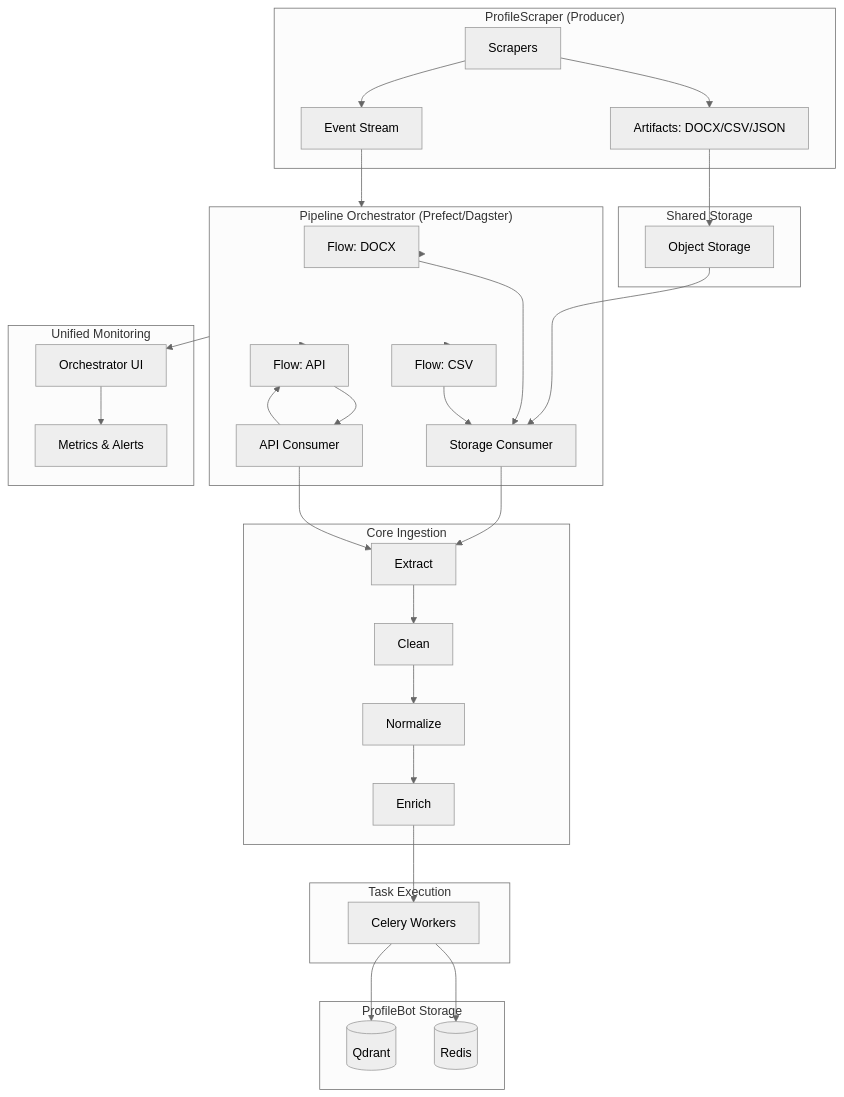
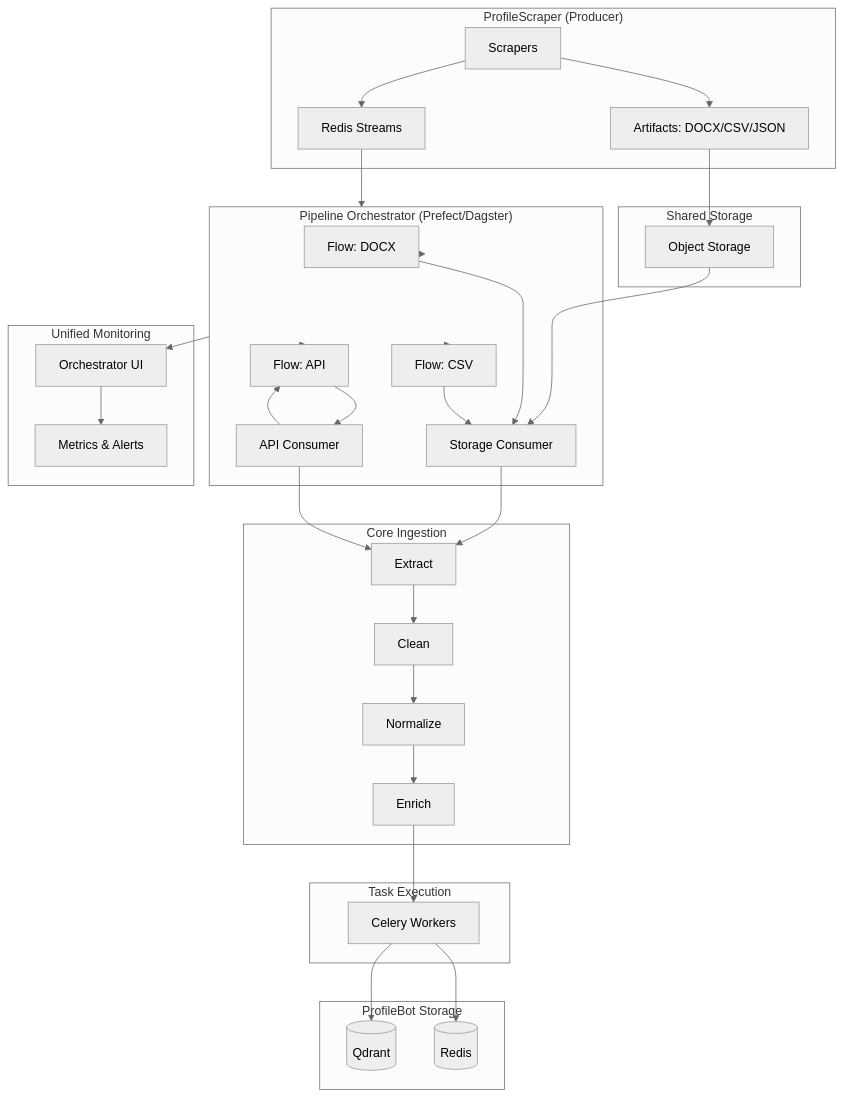
One commit to giamma80/profilebot changed the first of 3 diagrams in docs/technical_debpt.md. Above: the diagram before and after it, drawn with Mermaid (neutral theme). The commit also changed other lines of this file, not shown here.

Commit message:
docs: align orchestrator diagrams

````diff
--- a/docs/technical_debpt.md
+++ b/docs/technical_debpt.md
@@ -184,65 +184,65 @@
 ```mermaid
 flowchart TB
     subgraph Producer["ProfileScraper (Producer)"]
         Scrapers[Scrapers]
         Artifacts[Artifacts: DOCX/CSV/JSON]
-        Events[Event Stream]
+        Events[Redis Streams]
     end
 
     subgraph Storage["Shared Storage"]
         Bucket[Object Storage]
     end
 
     subgraph Orchestrator["Pipeline Orchestrator (Prefect/Dagster)"]
         FlowDocx["Flow: DOCX"]
         FlowCsv["Flow: CSV"]
         FlowApi["Flow: API"]
         ConsumerS["Storage Consumer"]
         ConsumerA["API Consumer"]
     end
 
     subgraph Core["Core Ingestion"]
         Extract[Extract]
         Clean[Clean]
         Normalize[Normalize]
         Enrich[Enrich]
     end
 
     subgraph Workers["Task Execution"]
         Celery[Celery Workers]
     end
 
     subgraph StorageCore["ProfileBot Storage"]
         Qdrant[(Qdrant)]
         Redis[(Redis)]
     end
 
     subgraph Monitoring["Unified Monitoring"]
         UI[Orchestrator UI]
         Metrics[Metrics & Alerts]
     end
 
     Scrapers --> Artifacts --> Bucket
     Scrapers --> Events
 
     Events --> Orchestrator
     Bucket --> ConsumerS
     ConsumerA --> FlowApi
 
     Orchestrator --> FlowDocx
     Orchestrator --> FlowCsv
     Orchestrator --> FlowApi
 
     FlowDocx --> ConsumerS
     FlowCsv --> ConsumerS
     FlowApi --> ConsumerA
 
     ConsumerS --> Extract
     ConsumerA --> Extract
     Extract --> Clean --> Normalize --> Enrich
     Enrich --> Celery
     Celery --> Qdrant
     Celery --> Redis
 
     Orchestrator --> UI --> Metrics
 ```
````
